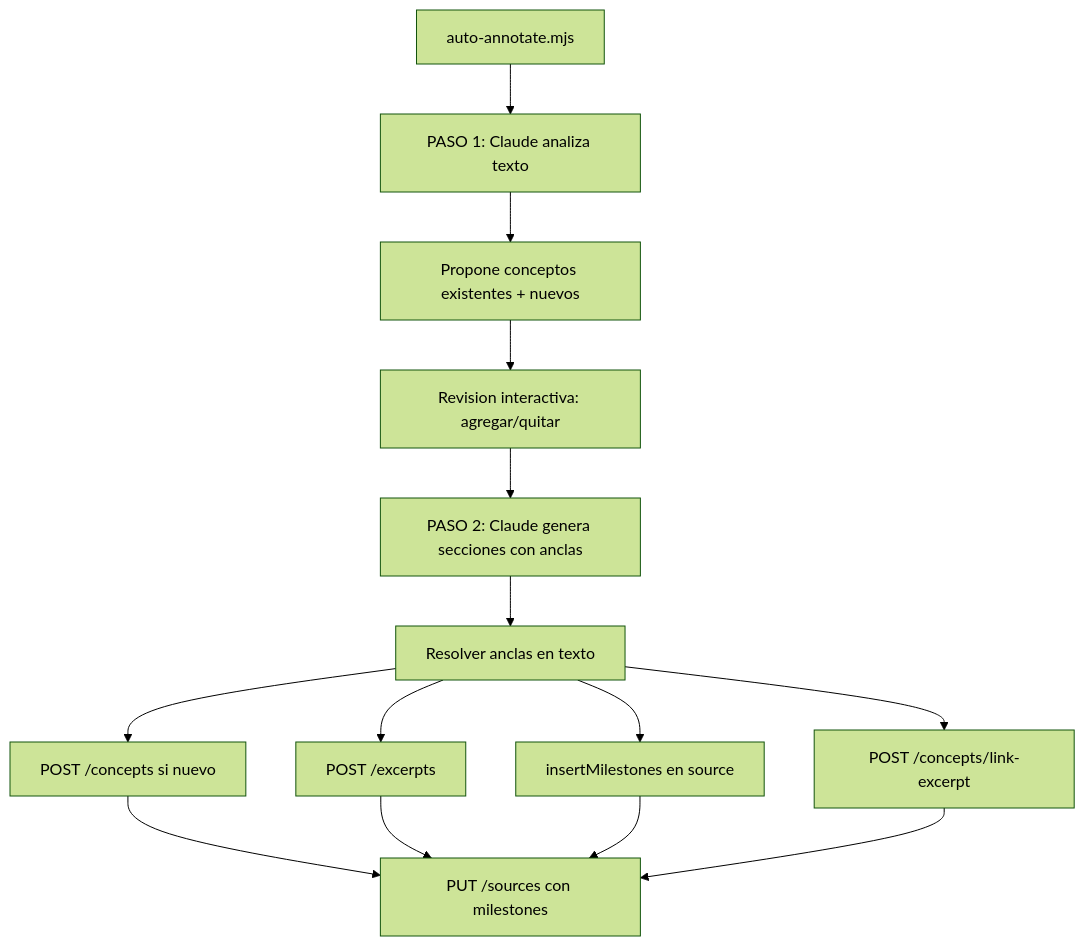
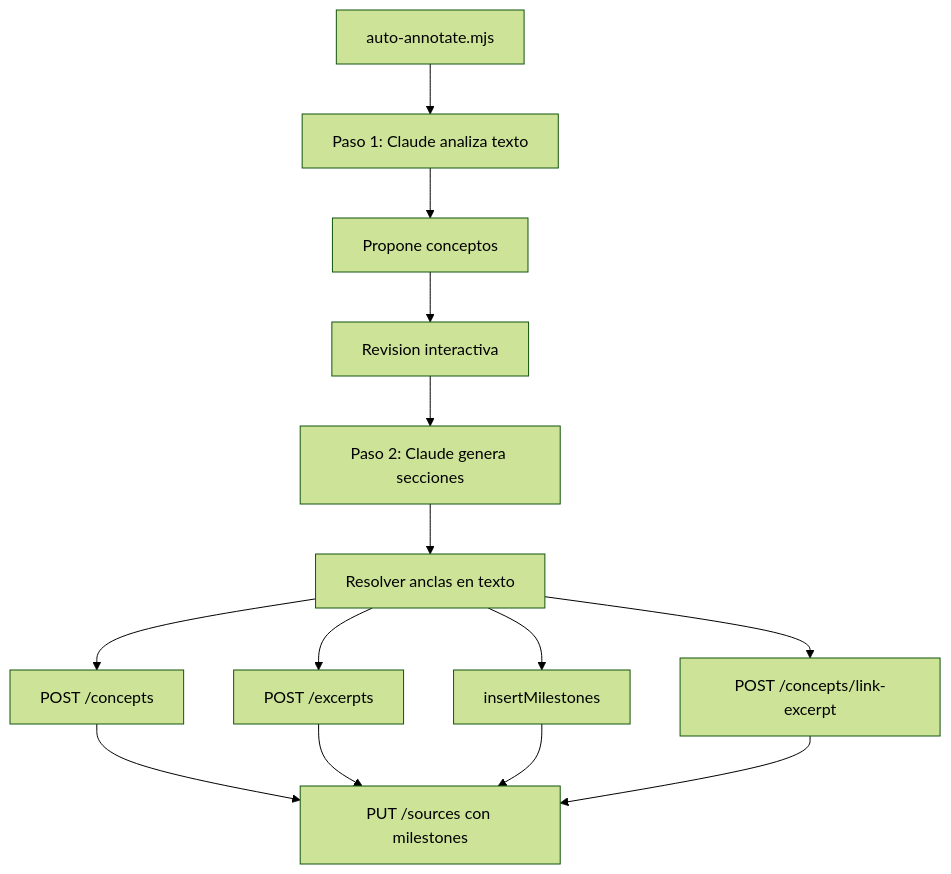
Before and after one commit to amereida/constel-db: the ninth of 9 diagrams in docs/ARCHITECTURE.md, drawn with Mermaid (forest theme). The commit also changed other lines of this file and 7 other files, not shown here.

````diff
--- a/docs/ARCHITECTURE.md
+++ b/docs/ARCHITECTURE.md
@@ -278,16 +278,16 @@
 ```mermaid
 flowchart TD
-    A[auto-annotate.mjs] --> B["PASO 1: Claude analiza texto"]
-    B --> C["Propone conceptos existentes + nuevos"]
-    C --> D["Revision interactiva: agregar/quitar"]
-    D --> E["PASO 2: Claude genera secciones con anclas"]
-    E --> F["Resolver anclas en texto"]
-    F --> G["POST /concepts si nuevo"]
-    F --> H["POST /excerpts"]
-    F --> I["insertMilestones en source"]
-    F --> J["POST /concepts/link-excerpt"]
-    G --> K["PUT /sources con milestones"]
+    A[auto-annotate.mjs] --> B["Paso 1: Claude analiza texto"]
+    B --> C[Propone conceptos]
+    C --> D[Revision interactiva]
+    D --> E["Paso 2: Claude genera secciones"]
+    E --> F[Resolver anclas en texto]
+    F --> G[POST /concepts]
+    F --> H[POST /excerpts]
+    F --> I[insertMilestones]
+    F --> J[POST /concepts/link-excerpt]
+    G --> K[PUT /sources con milestones]
     H --> K
     I --> K
     J --> K
 ```
````
